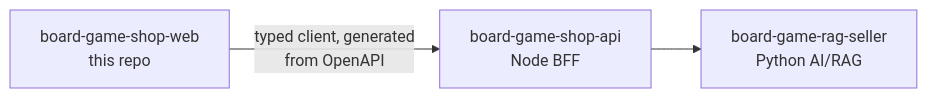
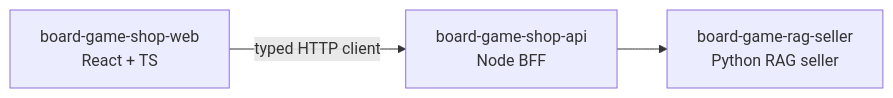
Before and after one commit to msporchia/board-game-shop-web: the diagram in README.md, drawn with Mermaid. The commit also changed other lines of this file and 25 other files, not shown here.

First line of the commit message:
Phase 3 (web slice): implement chat-to-cart flow MVP

````diff
--- a/README.md
+++ b/README.md
@@ -35,5 +75,5 @@
 ```mermaid
 flowchart LR
-    WEB[board-game-shop-web<br/>this repo] -->|typed client, generated<br/>from OpenAPI| SHOP[board-game-shop-api<br/>Node BFF]
-    SHOP --> API[board-game-rag-seller<br/>Python AI/RAG]
+    WEB[board-game-shop-web<br/>React + TS] -->|typed HTTP client| SHOP[board-game-shop-api<br/>Node BFF]
+    SHOP --> SELLER[board-game-rag-seller<br/>Python RAG seller]
 ```
````
